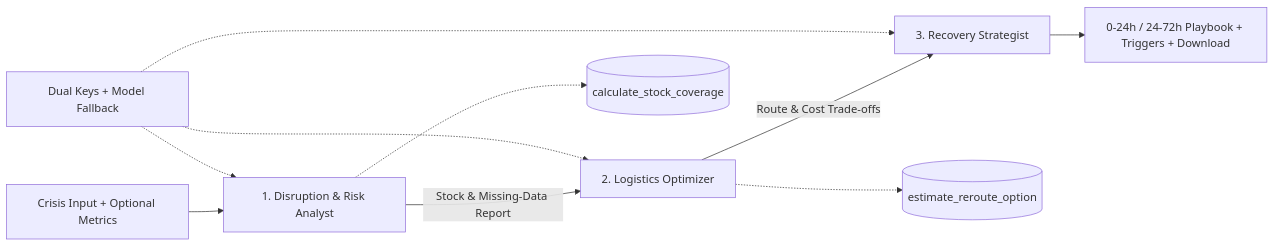
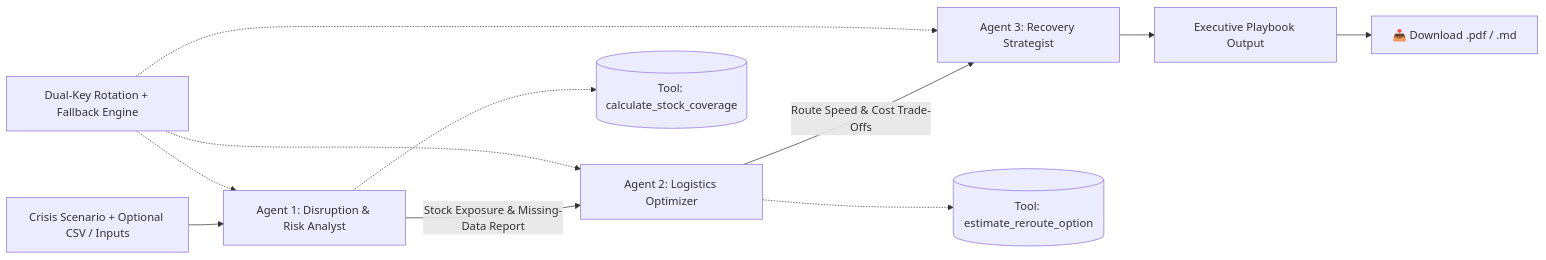
Before and after one commit to palwashamushtaq123/agentic-supply-chain-recovery: the diagram in README.md, drawn with Mermaid. The commit also changed other lines of this file and 9 other files, not shown here.

Commit message:
add pdf_export.py sample_inventory.csv styles.py and all updated folders

````diff
--- a/README.md
+++ b/README.md
@@ -29,14 +46,16 @@
 ```mermaid
 flowchart LR
-    A[Crisis Input + Optional Metrics] --> B[1. Disruption & Risk Analyst]
-    B -->|Stock & Missing-Data Report| C[2. Logistics Optimizer]
-    C -->|Route & Cost Trade-offs| D[3. Recovery Strategist]
-    D --> E[0-24h / 24-72h Playbook + Triggers + Download]
+    A[Crisis Scenario + Optional CSV / Inputs] --> B[Agent 1: Disruption & Risk Analyst]
+    B -->|Stock Exposure & Missing-Data Report| C[Agent 2: Logistics Optimizer]
+    C -->|Route Speed & Cost Trade-Offs| D[Agent 3: Recovery Strategist]
+    D --> E[Executive Playbook Output]
 
-    B -.-> T1[(calculate_stock_coverage)]
-    C -.-> T2[(estimate_reroute_option)]
+    B -.-> T1[(Tool: calculate_stock_coverage)]
+    C -.-> T2[(Tool: estimate_reroute_option)]
 
-    F[Dual Keys + Model Fallback] -.-> B
+    F[Dual-Key Rotation + Fallback Engine] -.-> B
     F -.-> C
     F -.-> D
+
+    E --> G[📥 Download .pdf / .md]
 ```
````
